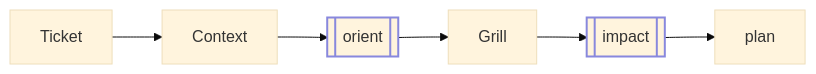
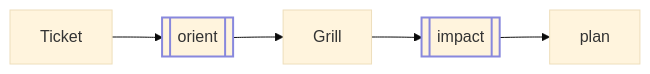
The first of 2 diagrams in README.md (chightow/canon-skills), drawn with Mermaid (base theme) before and after one commit.

Commit message:
docs: drop Context node from sprint start to clear pan controls

````diff
--- a/README.md
+++ b/README.md
@@ -74,6 +74,6 @@
 ```mermaid
 flowchart LR
-    S1[Ticket] --> S2[Context] --> S4[[orient]] --> S5[Grill] --> S6[[impact]] --> S9[plan]
+    S1[Ticket] --> S4[[orient]] --> S5[Grill] --> S6[[impact]] --> S9[plan]
     classDef subskill stroke:#8888dd,stroke-width:2px
     class S4,S6 subskill
 ```
````
